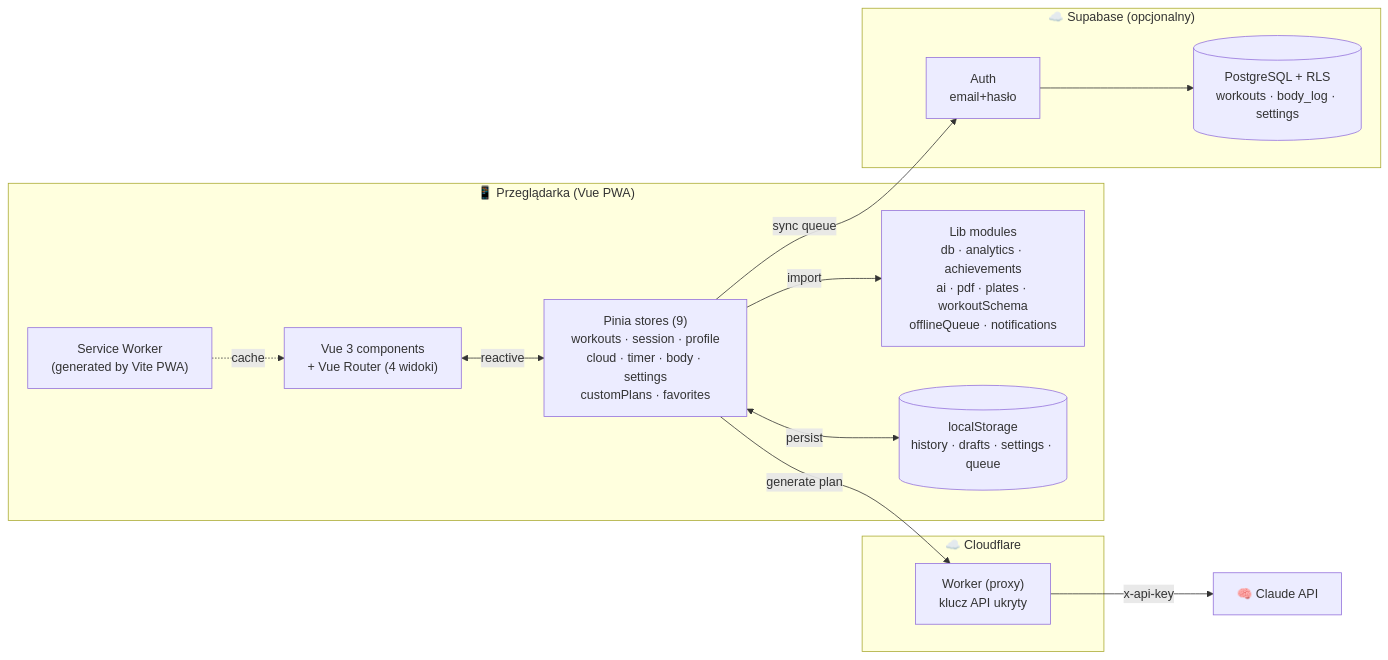
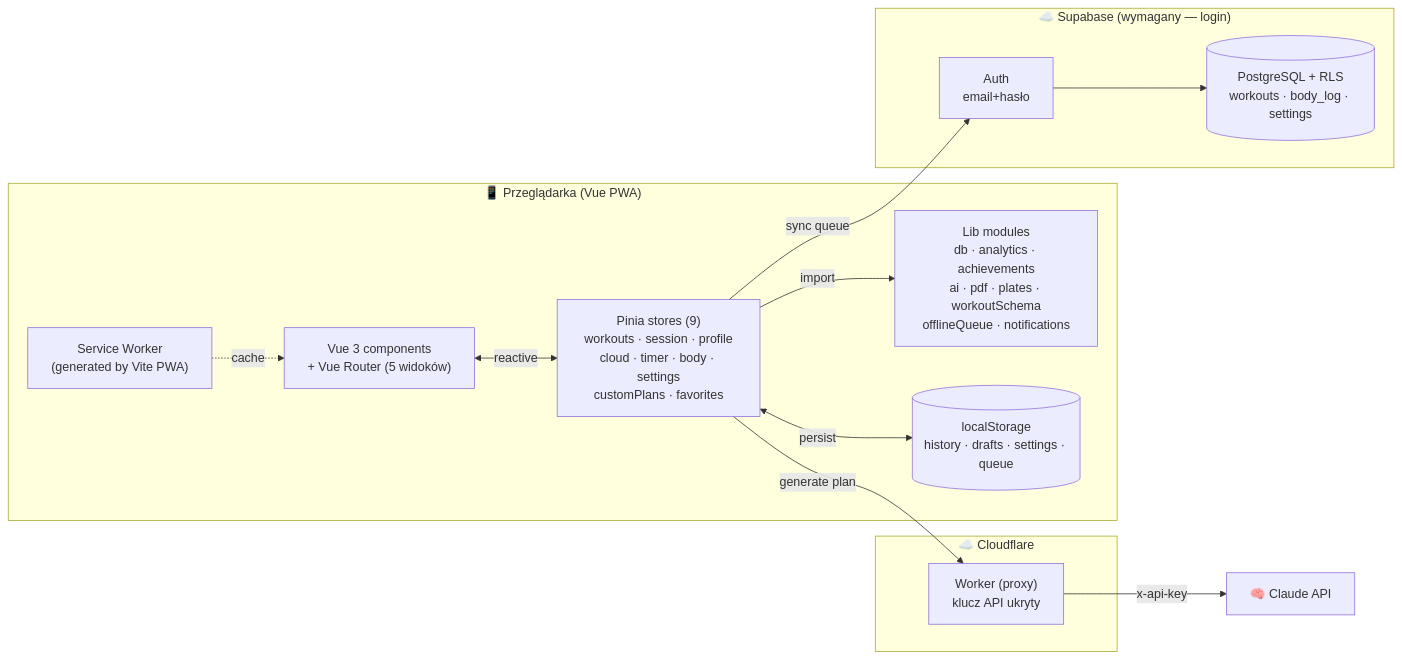
Before and after one commit to LukaszBonio/trening: the first of 2 diagrams in README.md, drawn with Mermaid. The commit also changed other lines of this file, not shown here.

````diff
--- a/README.md
+++ b/README.md
@@ -226,27 +228,27 @@
 ```mermaid
 flowchart LR
     subgraph Client["📱 Przeglądarka (Vue PWA)"]
-        UI["Vue 3 components<br/>+ Vue Router (4 widoki)"]
+        UI["Vue 3 components<br/>+ Vue Router (5 widoków)"]
         Stores["Pinia stores (9)<br/>workouts · session · profile<br/>cloud · timer · body · settings<br/>customPlans · favorites"]
         Libs["Lib modules<br/>db · analytics · achievements<br/>ai · pdf · plates · workoutSchema<br/>offlineQueue · notifications"]
         SW["Service Worker<br/>(generated by Vite PWA)"]
         LS[("localStorage<br/>history · drafts · settings · queue")]
     end
     subgraph Edge["☁️ Cloudflare"]
         W["Worker (proxy)<br/>klucz API ukryty"]
     end
-    subgraph Cloud["☁️ Supabase (opcjonalny)"]
+    subgraph Cloud["☁️ Supabase (wymagany — login)"]
         Auth["Auth<br/>email+hasło"]
         DB[("PostgreSQL + RLS<br/>workouts · body_log · settings")]
     end
     AI["🧠 Claude API"]
 
     UI <-->|reactive| Stores
     Stores <-->|persist| LS
     Stores -->|import| Libs
     SW -.->|cache| UI
     Stores -->|generate plan| W
     W -->|x-api-key| AI
     Stores -->|sync queue| Auth
     Auth --> DB
 ```
````
